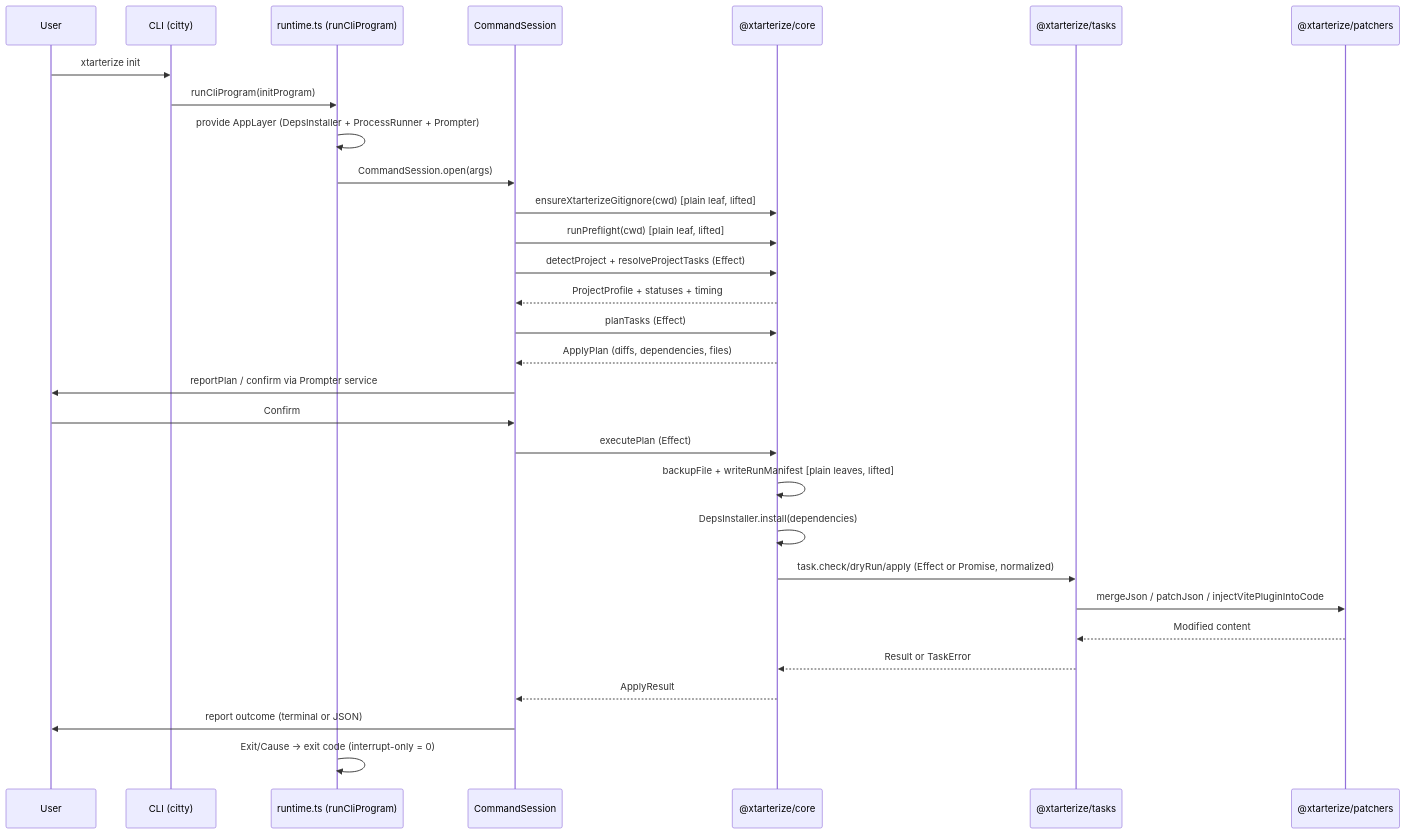
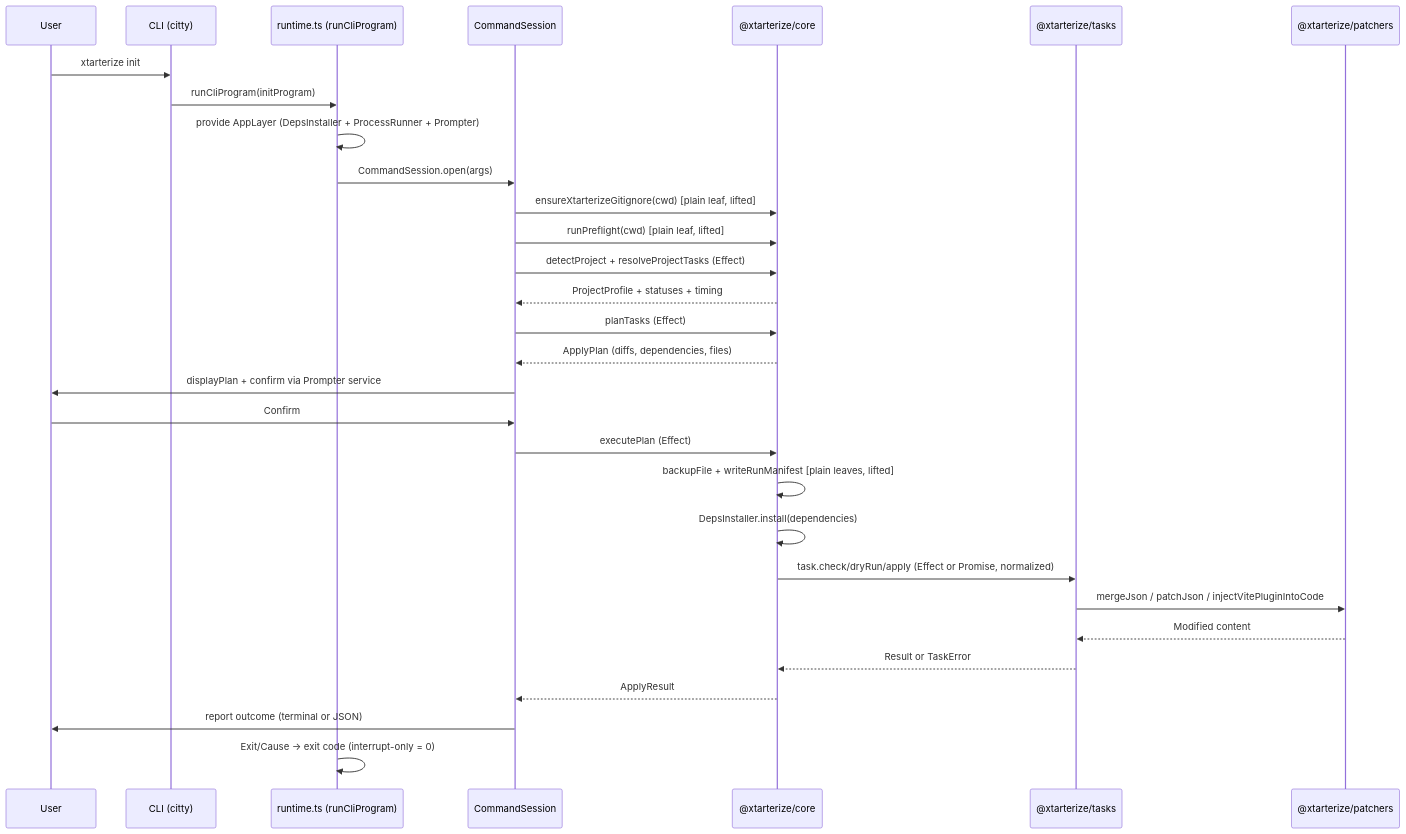
The second of 2 diagrams in apps/docs/src/content/docs/xtarterize/contributing/architecture/overview.mdx (agustinusnathaniel/xtarter), drawn with Mermaid before and after one commit. The commit also changed 1 other file, not shown here.

Commit message:
docs: correct stale session and cwd references
Replace the removed reportPlan helper with displayPlan in the architecture
sequence diagram, and add dated update notes to ADR 026 for the removed
resolveCwd and resolveCliContext helpers (now resolveRuntimeContext, ADR
030).

````diff
--- a/apps/docs/src/content/docs/xtarterize/contributing/architecture/overview.mdx
+++ b/apps/docs/src/content/docs/xtarterize/contributing/architecture/overview.mdx
@@ -54,33 +54,33 @@
 ```mermaid
 sequenceDiagram
     participant User
     participant CLI as CLI (citty)
     participant Runtime as runtime.ts (runCliProgram)
     participant Session as CommandSession
     participant Core as @xtarterize/core
     participant Tasks as @xtarterize/tasks
     participant Patchers as @xtarterize/patchers
 
     User->>CLI: xtarterize init
     CLI->>Runtime: runCliProgram(initProgram)
     Runtime->>Runtime: provide AppLayer (DepsInstaller + ProcessRunner + Prompter)
     Runtime->>Session: CommandSession.open(args)
     Session->>Core: ensureXtarterizeGitignore(cwd) [plain leaf, lifted]
     Session->>Core: runPreflight(cwd) [plain leaf, lifted]
     Session->>Core: detectProject + resolveProjectTasks (Effect)
     Core-->>Session: ProjectProfile + statuses + timing
     Session->>Core: planTasks (Effect)
     Core-->>Session: ApplyPlan (diffs, dependencies, files)
-    Session->>User: reportPlan / confirm via Prompter service
+    Session->>User: displayPlan + confirm via Prompter service
     User->>Session: Confirm
     Session->>Core: executePlan (Effect)
     Core->>Core: backupFile + writeRunManifest [plain leaves, lifted]
     Core->>Core: DepsInstaller.install(dependencies)
     Core->>Tasks: task.check/dryRun/apply (Effect or Promise, normalized)
     Tasks->>Patchers: mergeJson / patchJson / injectVitePluginIntoCode
     Patchers-->>Tasks: Modified content
     Tasks-->>Core: Result or TaskError
     Core-->>Session: ApplyResult
     Session->>User: report outcome (terminal or JSON)
     Runtime->>Runtime: Exit/Cause -> exit code (interrupt-only = 0)
 ```
````
